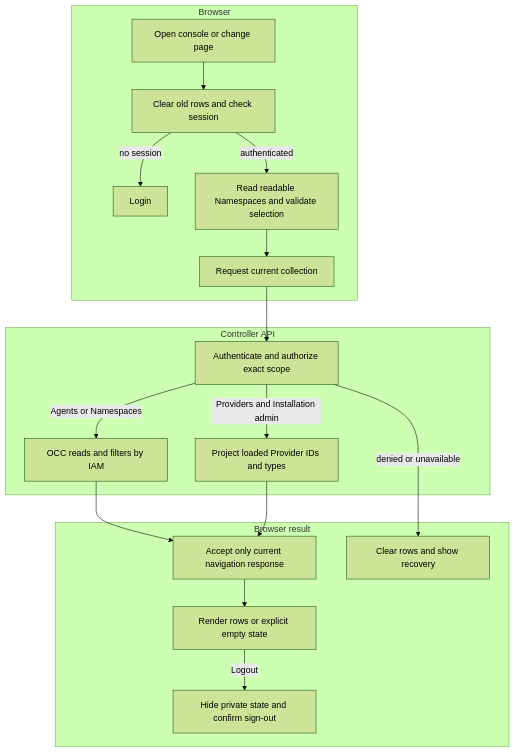
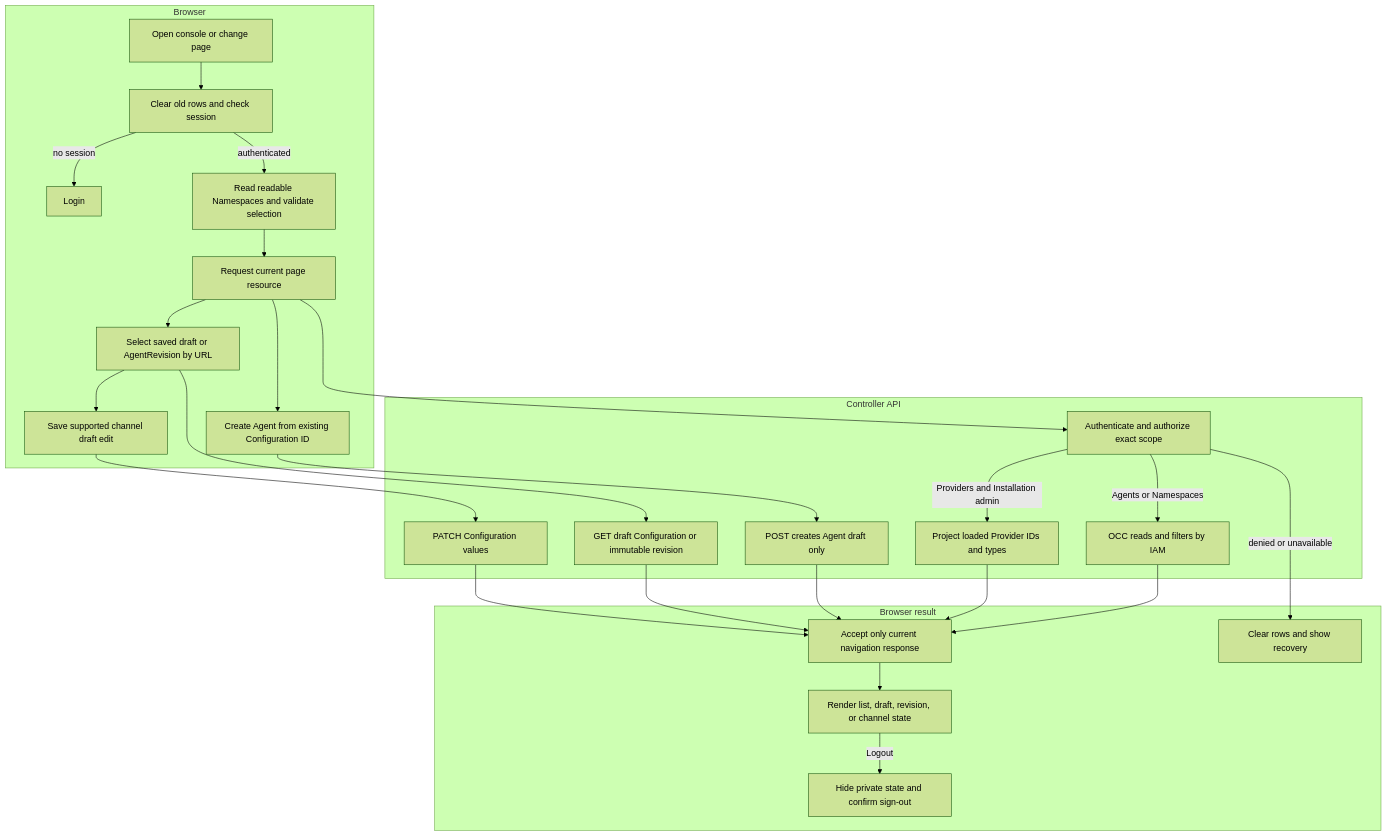
Before and after one commit to IsaiahStapleton/openclaw-enterprise: the diagram in docs/flows/platform-console.md, drawn with Mermaid (forest theme). The commit also changed other lines of this file and 20 other files, not shown here.

Commit message:
feat: add Agent creation, channel editing, and revision browsing

````diff
--- a/docs/flows/platform-console.md
+++ b/docs/flows/platform-console.md
@@ -29,21 +34,30 @@
 ```mermaid
 graph TD
   subgraph Browser["Browser"]
     A["Open console or change page"] --> B["Clear old rows and check session"]
     B -->|no session| C["Login"]
     B -->|authenticated| D["Read readable Namespaces and validate selection"]
-    D --> E["Request current collection"]
+    D --> E["Request current page resource"]
+    E --> E1["Create Agent from existing Configuration ID"]
+    E --> E2["Select saved draft or AgentRevision by URL"]
+    E2 --> E3["Save supported channel draft edit"]
   end
   subgraph Controller["Controller API"]
     E --> F["Authenticate and authorize exact scope"]
     F -->|Agents or Namespaces| G["OCC reads and filters by IAM"]
     F -->|Providers and Installation admin| H["Project loaded Provider IDs and types"]
+    E1 --> M["POST creates Agent draft only"]
+    E2 --> N["GET draft Configuration or immutable revision"]
+    E3 --> O["PATCH Configuration values"]
   end
   subgraph Result["Browser result"]
     G --> I["Accept only current navigation response"]
     H --> I
-    I --> J["Render rows or explicit empty state"]
+    M --> I
+    N --> I
+    O --> I
+    I --> J["Render list, draft, revision, or channel state"]
     F -->|denied or unavailable| K["Clear rows and show recovery"]
     J -->|Logout| L["Hide private state and confirm sign-out"]
   end
 ```
````
